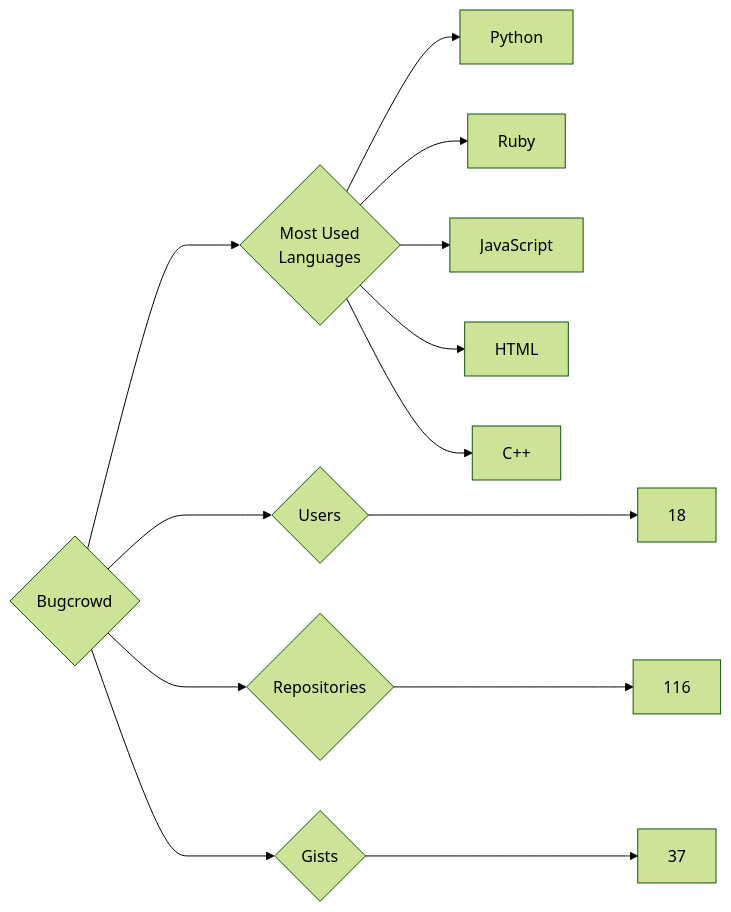
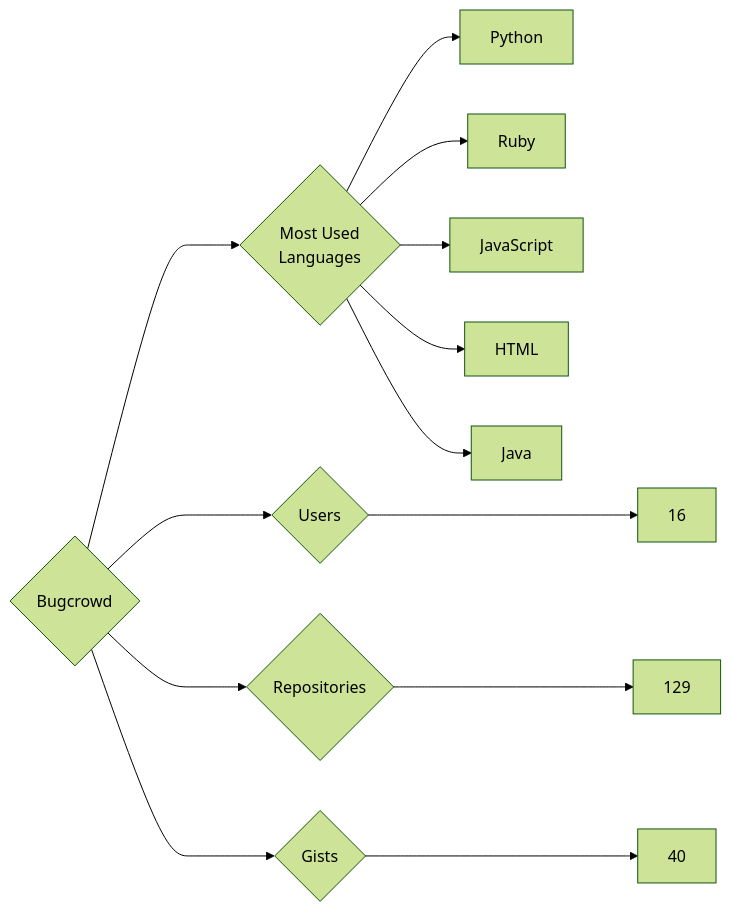
The diagram in targets/Bugcrowd/README.md (trickest/insiders), drawn with Mermaid (forest theme) before and after one commit. The commit also changed 1195 other files, not shown here.

````diff
--- a/targets/Bugcrowd/README.md
+++ b/targets/Bugcrowd/README.md
@@ -3,13 +3,13 @@
 ```mermaid
 graph LR
 COMPANY_NAME{Bugcrowd}
-COMPANY_NAME ---> U{Users} ---> UN[18]
-COMPANY_NAME ---> R{Repositories} ---> RN[116]
-COMPANY_NAME ---> G{Gists} ---> GN[37]
+COMPANY_NAME ---> U{Users} ---> UN[16]
+COMPANY_NAME ---> R{Repositories} ---> RN[129]
+COMPANY_NAME ---> G{Gists} ---> GN[40]
 COMPANY_NAME ---> ML{Most Used<br>Languages}
 ML --> Python[Python]
 ML --> Ruby[Ruby]
 ML --> JavaScript[JavaScript]
 ML --> HTML[HTML]
-ML --> C++[C++]
+ML --> Java[Java]
 ```
````
